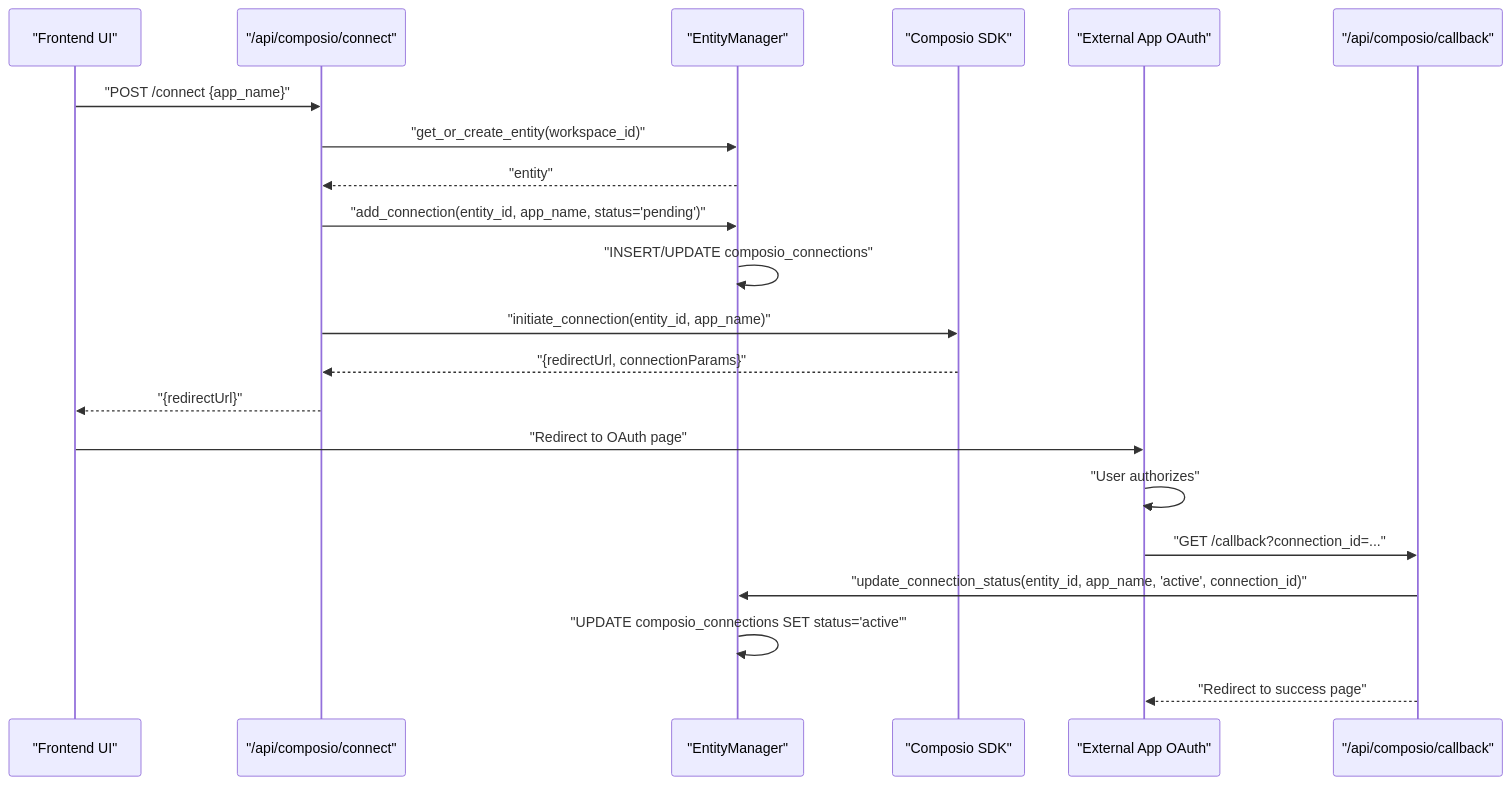
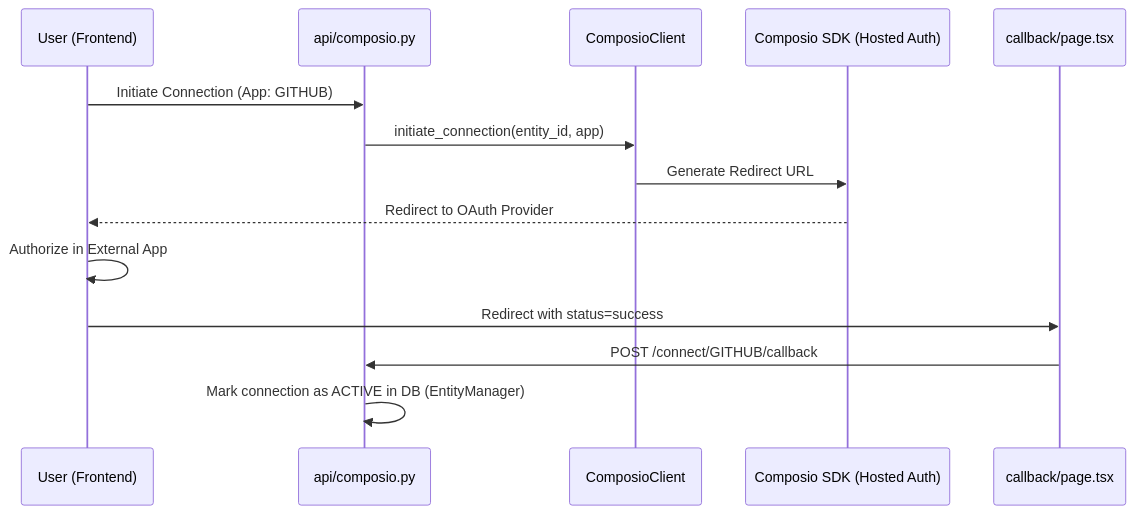
One commit to AutomatosAI/automatos-ai changed the second of 2 diagrams in docs/tools-integrations/composio-integration.md. Above: the diagram before and after it, drawn with Mermaid. The commit also changed other lines of this file and 149 other files, not shown here.

Commit message:
docs: refresh documentation with graphify semantic scan

````diff
--- a/docs/tools-integrations/composio-integration.md
+++ b/docs/tools-integrations/composio-integration.md
@@ -122,25 +132,17 @@
 ```mermaid
 sequenceDiagram
-    participant UI as "Frontend UI"
-    participant API as "/api/composio/connect"
-    participant EM as "EntityManager"
-    participant SDK as "Composio SDK"
-    participant OAuth as "External App OAuth"
-    participant Callback as "/api/composio/callback"
-    
-    UI->>API: "POST /connect {app_name}"
-    API->>EM: "get_or_create_entity(workspace_id)"
-    EM-->>API: "entity"
-    API->>EM: "add_connection(entity_id, app_name, status='pending')"
-    EM->>EM: "INSERT/UPDATE composio_connections"
-    API->>SDK: "initiate_connection(entity_id, app_name)"
-    SDK-->>API: "{redirectUrl, connectionParams}"
-    API-->>UI: "{redirectUrl}"
-    
-    UI->>OAuth: "Redirect to OAuth page"
-    OAuth->>OAuth: "User authorizes"
-    OAuth->>Callback: "GET /callback?connection_id=..."
-    Callback->>EM: "update_connection_status(entity_id, app_name, 'active', connection_id)"
-    EM->>EM: "UPDATE composio_connections SET status='active'"
-    Callback-->>OAuth: "Redirect to success page"
+    participant User as User (Frontend)
+    participant API as api/composio.py
+    participant Client as ComposioClient
+    participant SDK as Composio SDK (Hosted Auth)
+    participant Callback as callback/page.tsx
+
+    User->>API: Initiate Connection (App: GITHUB)
+    API->>Client: initiate_connection(entity_id, app)
+    Client->>SDK: Generate Redirect URL
+    SDK-->>User: Redirect to OAuth Provider
+    User->>User: Authorize in External App
+    User->>Callback: Redirect with status=success
+    Callback->>API: POST /connect/GITHUB/callback
+    API->>API: Mark connection as ACTIVE in DB (EntityManager)
 ```
````
